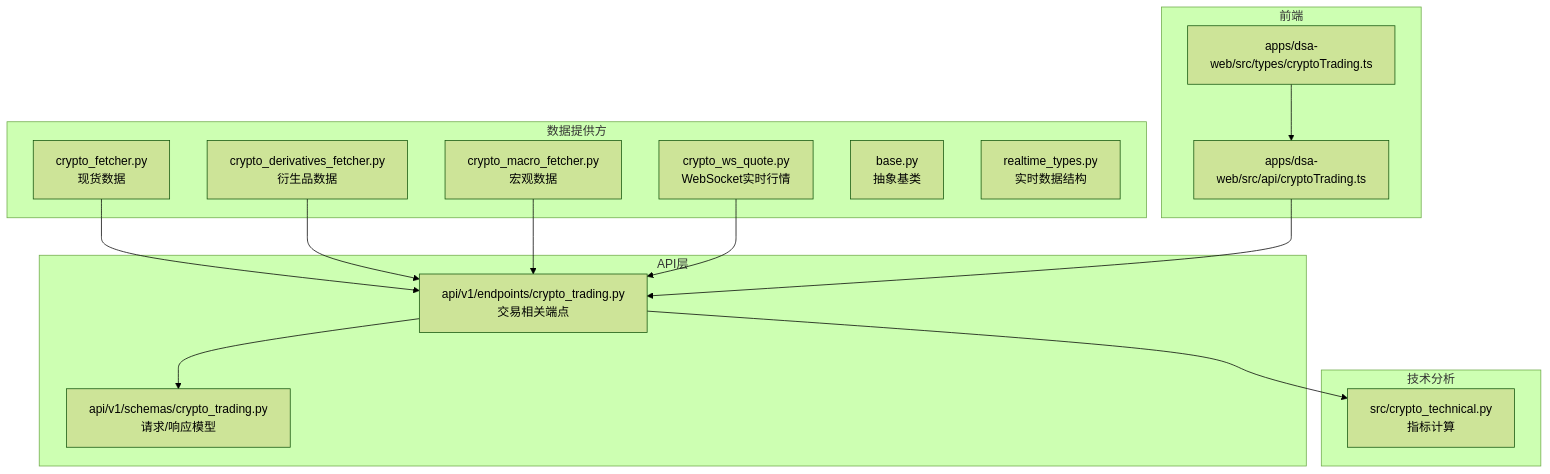
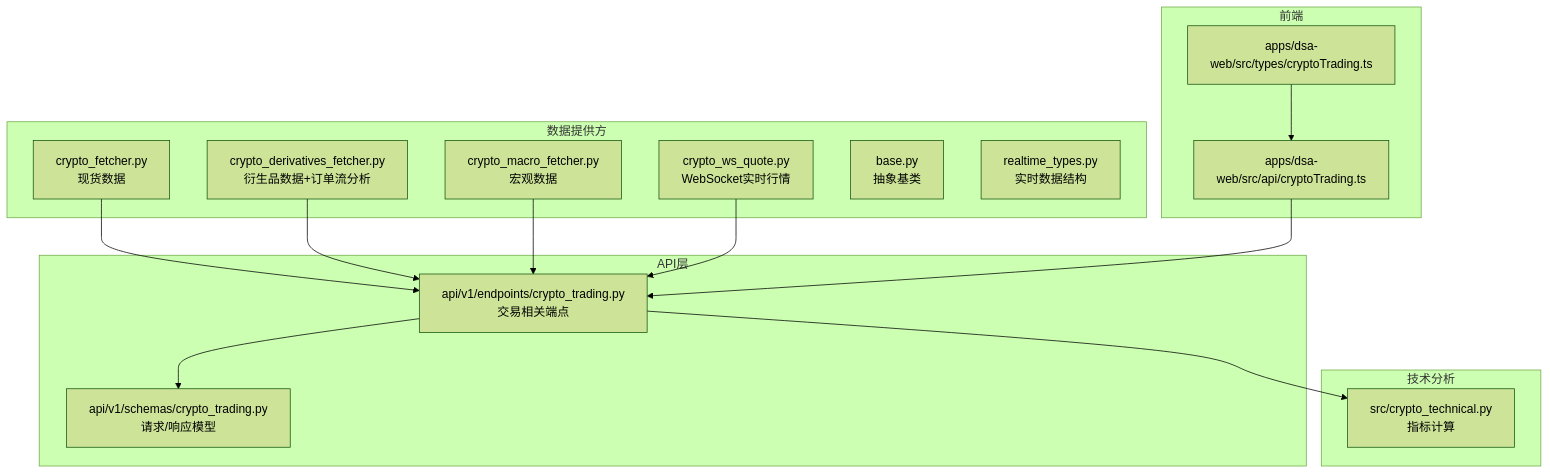
One commit to anYaoooo/daily_stock_analysis changed the first of 12 diagrams in .qoder/repowiki/zh/content/数据源集成/股票数据源/加密货币数据提供商.md. Above: the diagram before and after it, drawn with Mermaid (forest theme). The commit also changed other lines of this file and 23 other files, not shown here.

````diff
--- a/.qoder/repowiki/zh/content/数据源集成/股票数据源/加密货币数据提供商.md
+++ b/.qoder/repowiki/zh/content/数据源集成/股票数据源/加密货币数据提供商.md
@@ -40,30 +52,30 @@
 ```mermaid
 graph TB
 subgraph "数据提供方"
 CF["crypto_fetcher.py<br/>现货数据"]
-CDF["crypto_derivatives_fetcher.py<br/>衍生品数据"]
+CDF["crypto_derivatives_fetcher.py<br/>衍生品数据+订单流分析"]
 CMF["crypto_macro_fetcher.py<br/>宏观数据"]
 CWS["crypto_ws_quote.py<br/>WebSocket实时行情"]
 BASE["base.py<br/>抽象基类"]
 RT["realtime_types.py<br/>实时数据结构"]
 end
 subgraph "技术分析"
 CT["src/crypto_technical.py<br/>指标计算"]
 end
 subgraph "API层"
 API_EP["api/v1/endpoints/crypto_trading.py<br/>交易相关端点"]
 API_SC["api/v1/schemas/crypto_trading.py<br/>请求/响应模型"]
 end
 subgraph "前端"
 FE_API["apps/dsa-web/src/api/cryptoTrading.ts"]
 FE_TYPES["apps/dsa-web/src/types/cryptoTrading.ts"]
 end
 CF --> API_EP
 CDF --> API_EP
 CMF --> API_EP
 CWS --> API_EP
 API_EP --> API_SC
 API_EP --> CT
 FE_API --> API_EP
 FE_TYPES --> FE_API
 ```
````
